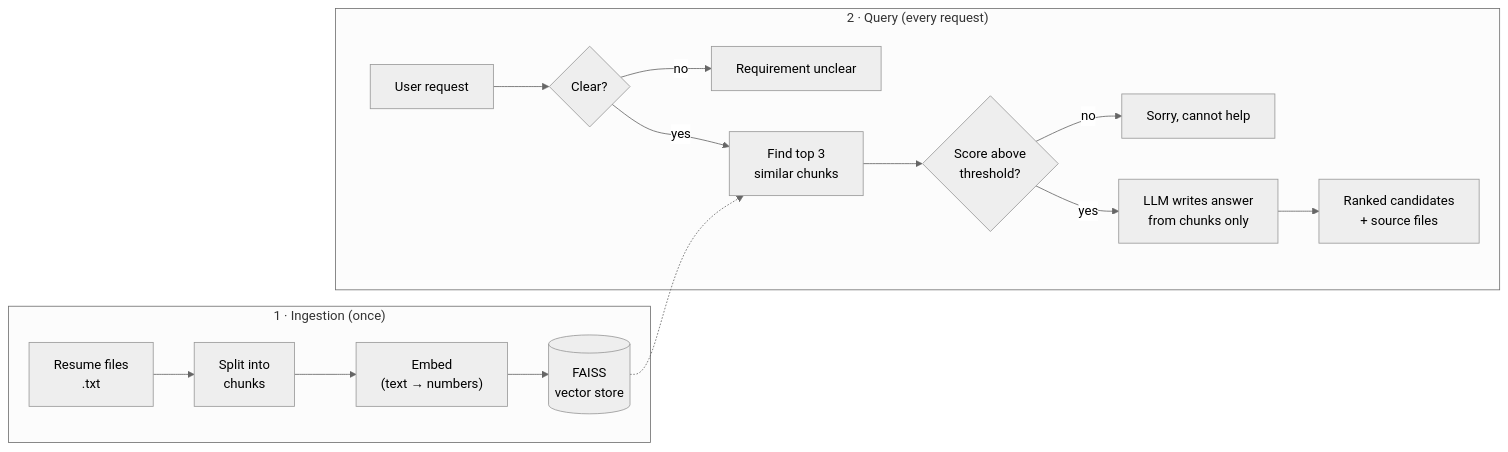
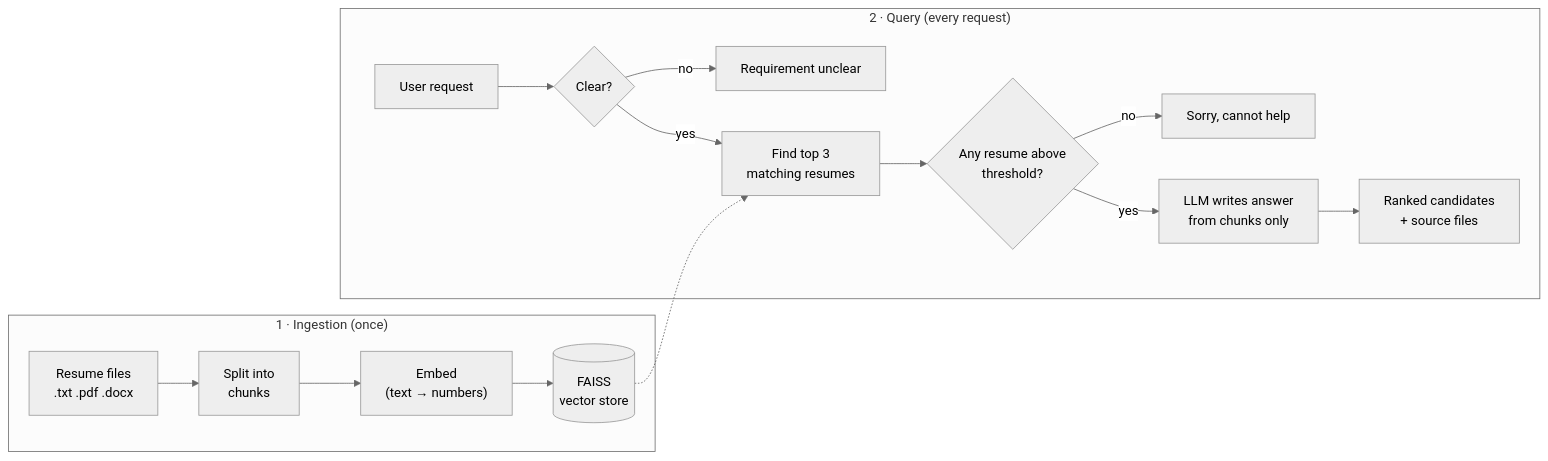
Before and after one commit to kvijaik/resume-rag: the diagram in README.md, drawn with Mermaid (neutral theme). The commit also changed other lines of this file and 12 other files, not shown here.

````diff
--- a/README.md
+++ b/README.md
@@ -40,15 +40,15 @@
 ```mermaid
 flowchart LR
     subgraph Ingestion ["1 · Ingestion (once)"]
-        A["Resume files<br/>.txt"] --> B["Split into<br/>chunks"] --> C["Embed<br/>(text → numbers)"] --> D[("FAISS<br/>vector store")]
+        A["Resume files<br/>.txt .pdf .docx"] --> B["Split into<br/>chunks"] --> C["Embed<br/>(text → numbers)"] --> D[("FAISS<br/>vector store")]
     end
     subgraph Query ["2 · Query (every request)"]
         Q["User request"] --> G1{"Clear?"}
         G1 -- no --> U["Requirement unclear"]
-        G1 -- yes --> R["Find top 3<br/>similar chunks"]
-        R --> G2{"Score above<br/>threshold?"}
+        G1 -- yes --> R["Find top 3<br/>matching resumes"]
+        R --> G2{"Any resume above<br/>threshold?"}
         G2 -- no --> N["Sorry, cannot help"]
         G2 -- yes --> L["LLM writes answer<br/>from chunks only"] --> OUT["Ranked candidates<br/>+ source files"]
     end
     D -.-> R
 ```
````
